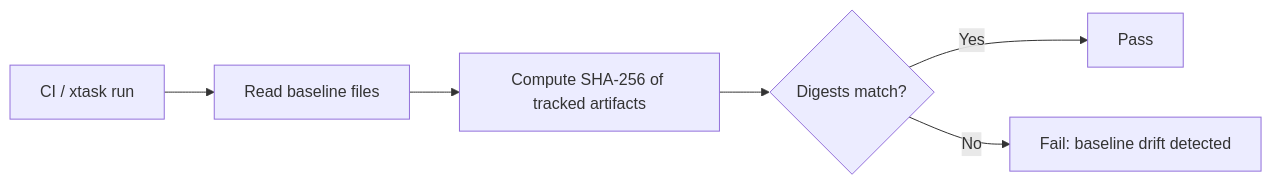
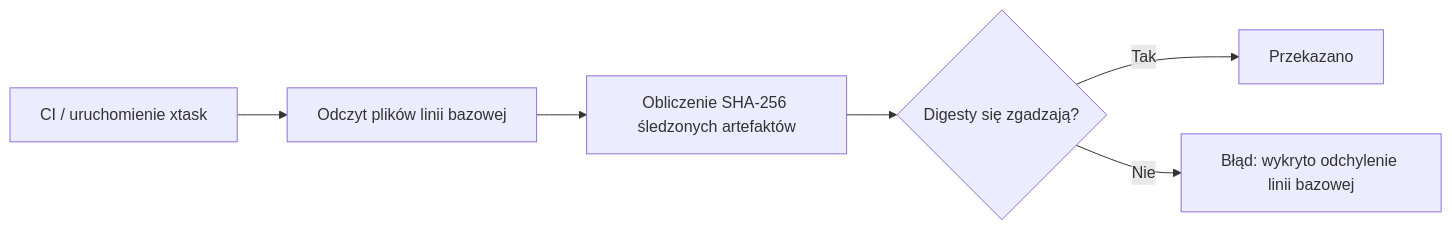
One commit to leszek3737/librefang-WIki changed the diagram in xtask-baselines.md. Above: the diagram before and after it, drawn with Mermaid. The commit also changed other lines of this file and 104 other files, not shown here.

````diff
--- a/xtask-baselines.md
+++ b/xtask-baselines.md
@@ -30,8 +30,8 @@
 ```mermaid
 graph LR
-    A[CI / xtask run] --> B[Read baseline files]
-    B --> C[Compute SHA-256 of tracked artifacts]
-    C --> D{Digests match?}
-    D -- Yes --> E[Pass]
-    D -- No --> F[Fail: baseline drift detected]
+    A[CI / uruchomienie xtask] --> B[Odczyt plików linii bazowej]
+    B --> C[Obliczenie SHA-256 śledzonych artefaktów]
+    C --> D{Digesty się zgadzają?}
+    D -- Tak --> E[Przekazano]
+    D -- Nie --> F[Błąd: wykryto odchylenie linii bazowej]
 ```
````
